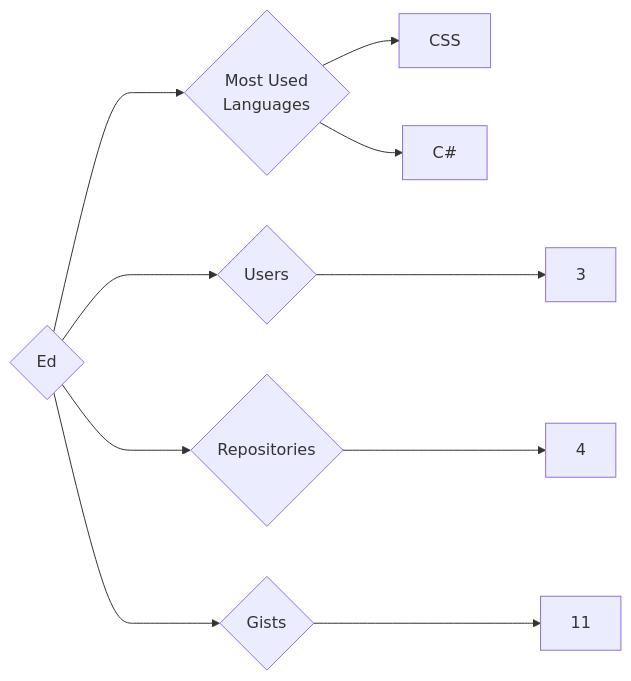
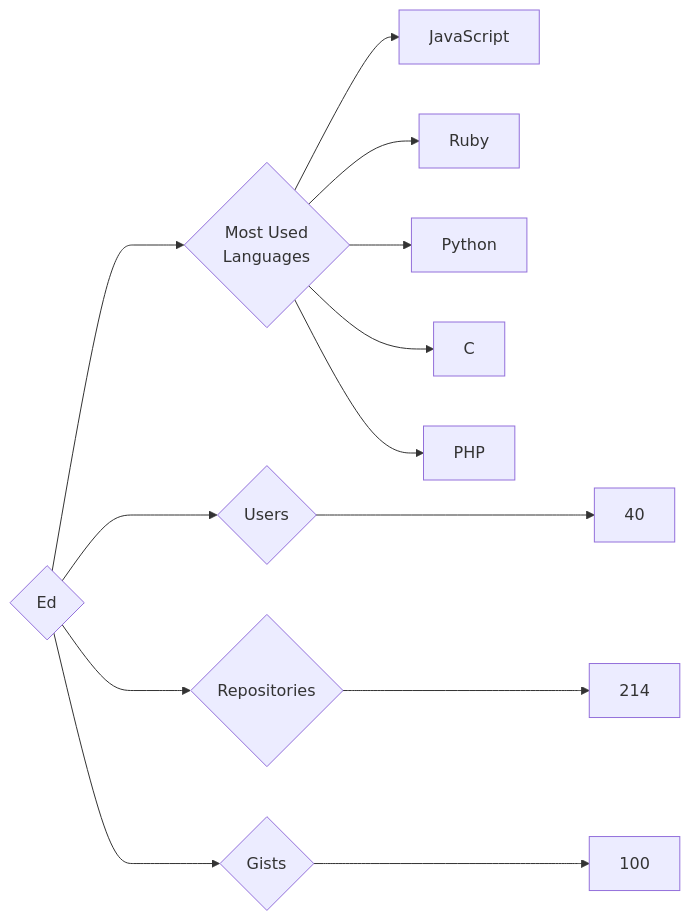
The diagram in targets/Ed/README.md (trickest/insiders), drawn with Mermaid before and after one commit. The commit also changed 984 other files, not shown here.

````diff
--- a/targets/Ed/README.md
+++ b/targets/Ed/README.md
@@ -3,10 +3,13 @@
 ```mermaid
 graph LR
 COMPANY_NAME{Ed}
-COMPANY_NAME ---> U{Users} ---> UN[3]
-COMPANY_NAME ---> R{Repositories} ---> RN[4]
-COMPANY_NAME ---> G{Gists} ---> GN[11]
+COMPANY_NAME ---> U{Users} ---> UN[40]
+COMPANY_NAME ---> R{Repositories} ---> RN[214]
+COMPANY_NAME ---> G{Gists} ---> GN[100]
 COMPANY_NAME ---> ML{Most Used<br>Languages}
-ML --> CSS[CSS]
-ML --> C#[C#]
+ML --> JavaScript[JavaScript]
+ML --> Ruby[Ruby]
+ML --> Python[Python]
+ML --> C[C]
+ML --> PHP[PHP]
 ```
````
